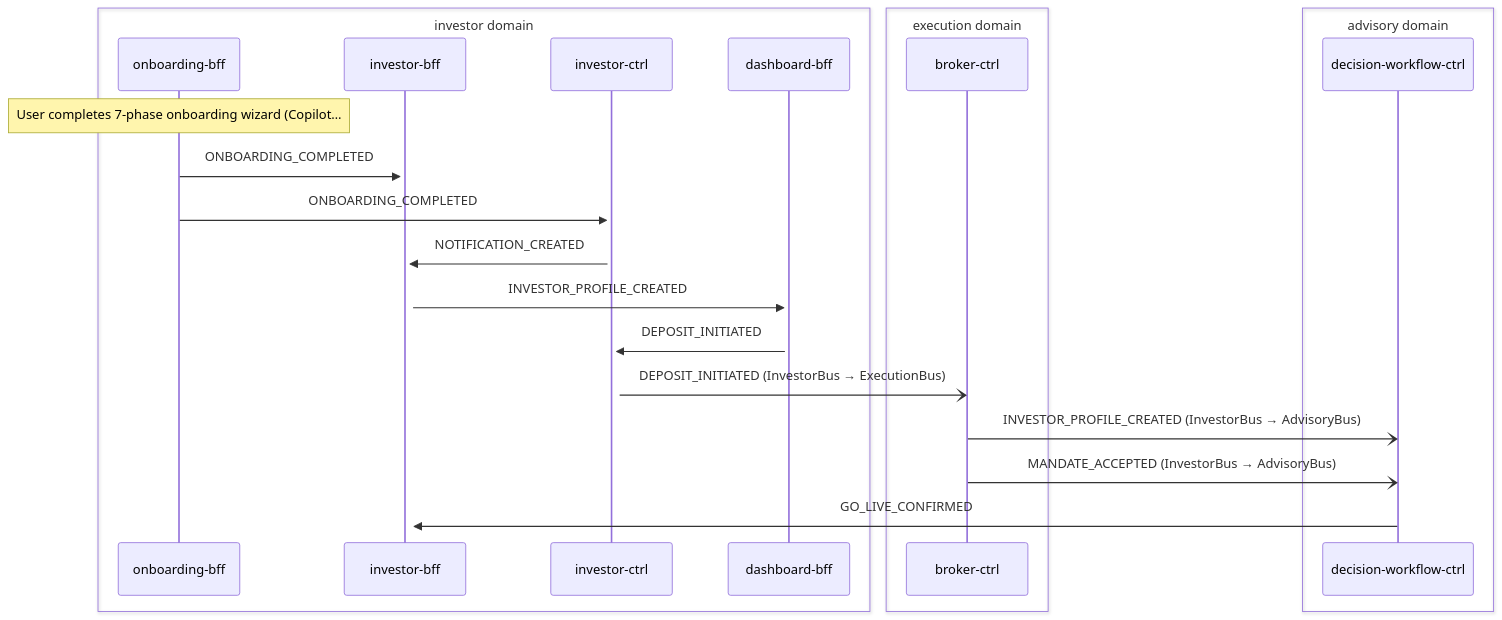
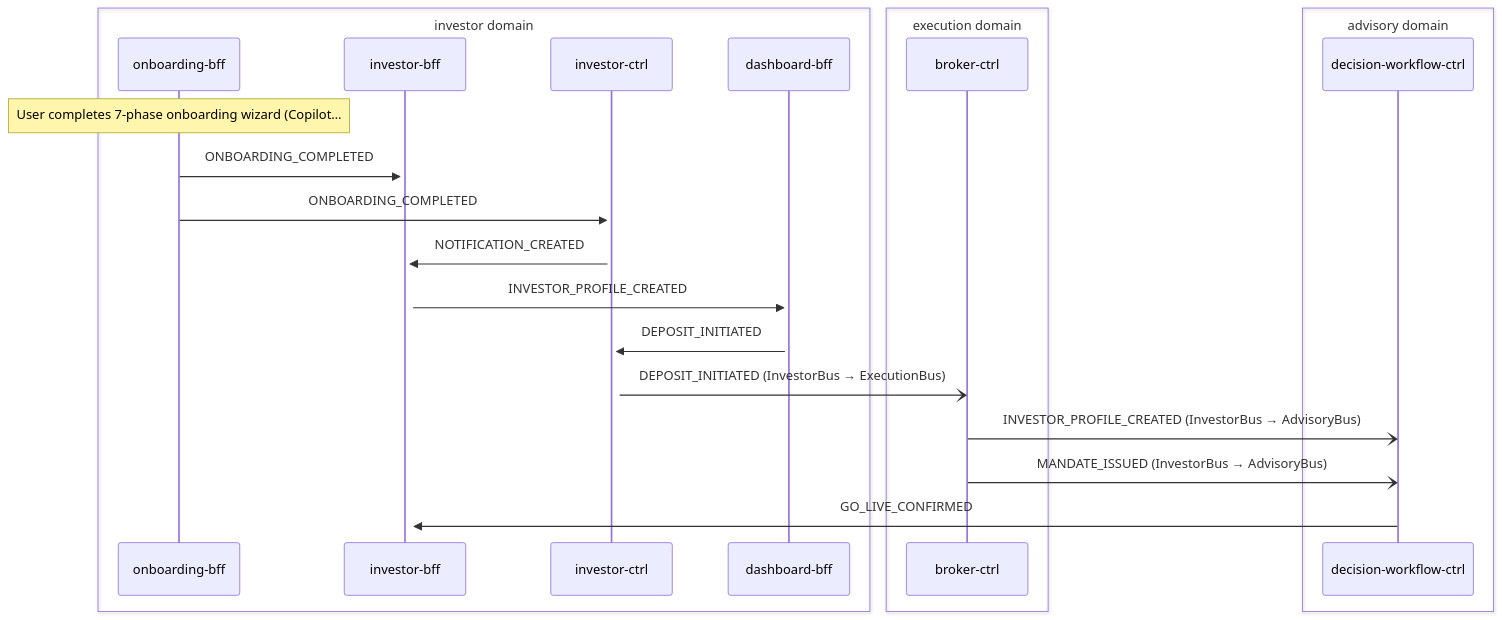
The second of 2 diagrams in docs/data-flows/investor-onboarding.md (fabio-vitali/nestfolio), drawn with Mermaid before and after one commit. The commit also changed other lines of this file and 28 other files, not shown here.

Commit message:
refactor(events): rename MANDATE_ACCEPTED → MANDATE_ISSUED, add OPERATING_MODE_CHANGED + GOAL_UPDATED

````diff
--- a/docs/data-flows/investor-onboarding.md
+++ b/docs/data-flows/investor-onboarding.md
@@ -33,25 +33,25 @@
 ```mermaid
 sequenceDiagram
     box investor domain
         participant onboarding_bff as onboarding-bff
         participant investor_bff as investor-bff
         participant investor_ctrl as investor-ctrl
         participant dashboard_bff as dashboard-bff
     end
     box execution domain
         participant broker_ctrl as broker-ctrl
     end
     box advisory domain
         participant decision_workflow_ctrl as decision-workflow-ctrl
     end
     Note over onboarding_bff: User completes 7-phase onboarding wizard (Copilot…
     onboarding_bff->>+investor_bff: ONBOARDING_COMPLETED
     onboarding_bff->>+investor_ctrl: ONBOARDING_COMPLETED
     investor_ctrl->>+investor_bff: NOTIFICATION_CREATED
     investor_bff->>+dashboard_bff: INVESTOR_PROFILE_CREATED
     dashboard_bff->>+investor_ctrl: DEPOSIT_INITIATED
     investor_ctrl-)broker_ctrl: DEPOSIT_INITIATED (InvestorBus → ExecutionBus)
     broker_ctrl-)decision_workflow_ctrl: INVESTOR_PROFILE_CREATED (InvestorBus → AdvisoryBus)
-    broker_ctrl-)decision_workflow_ctrl: MANDATE_ACCEPTED (InvestorBus → AdvisoryBus)
+    broker_ctrl-)decision_workflow_ctrl: MANDATE_ISSUED (InvestorBus → AdvisoryBus)
     decision_workflow_ctrl->>+investor_bff: GO_LIVE_CONFIRMED
 ```
````
